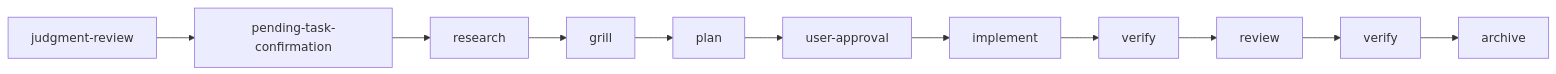
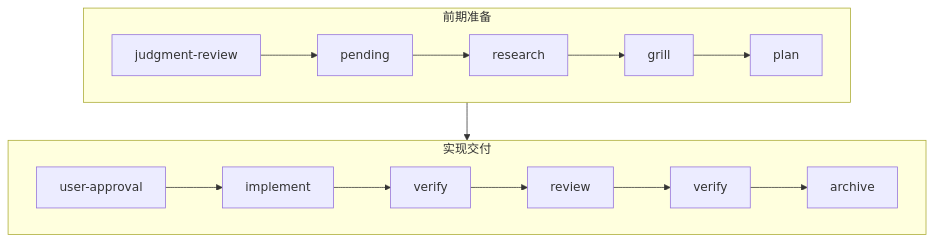
Before and after one commit to znc15/mewoflow: the diagram in README.md, drawn with Mermaid.

Commit message:
docs: 更新 README 中的工作流程图，优化为两个阶段的子图展示

````diff
--- a/README.md
+++ b/README.md
@@ -39,13 +39,12 @@
 ```mermaid
-flowchart LR
-    A[judgment-review] --> B[pending-task-confirmation]
-    B --> C[research]
-    C --> D[grill]
-    D --> E[plan]
-    E --> F[user-approval]
-    F --> G[implement]
-    G --> H[verify]
-    H --> I[review]
-    I --> J[verify]
-    J --> K[archive]
+flowchart TB
+    subgraph phase1 ["前期准备"]
+        direction LR
+        A[judgment-review] --> B[pending] --> C[research] --> D[grill] --> E[plan]
+    end
+    subgraph phase2 ["实现交付"]
+        direction LR
+        F[user-approval] --> G[implement] --> H[verify] --> I[review] --> J[verify] --> K[archive]
+    end
+    phase1 --> phase2
 ```
````
